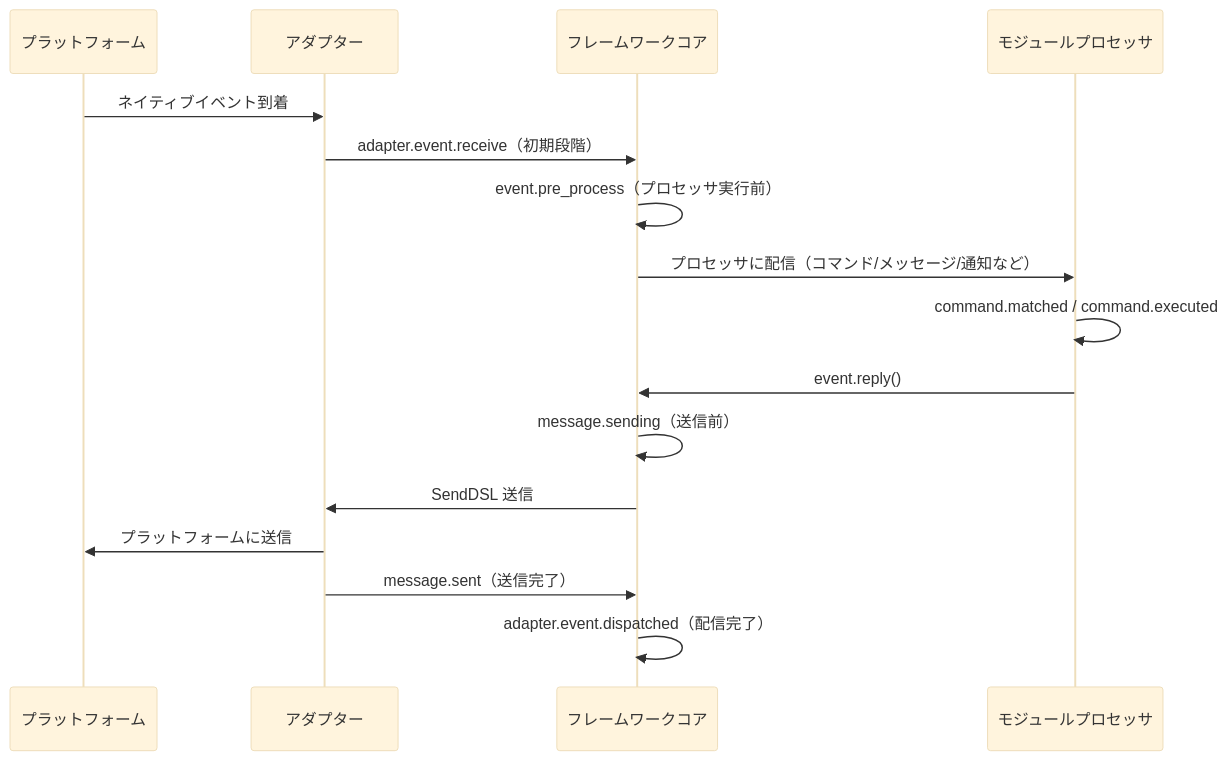
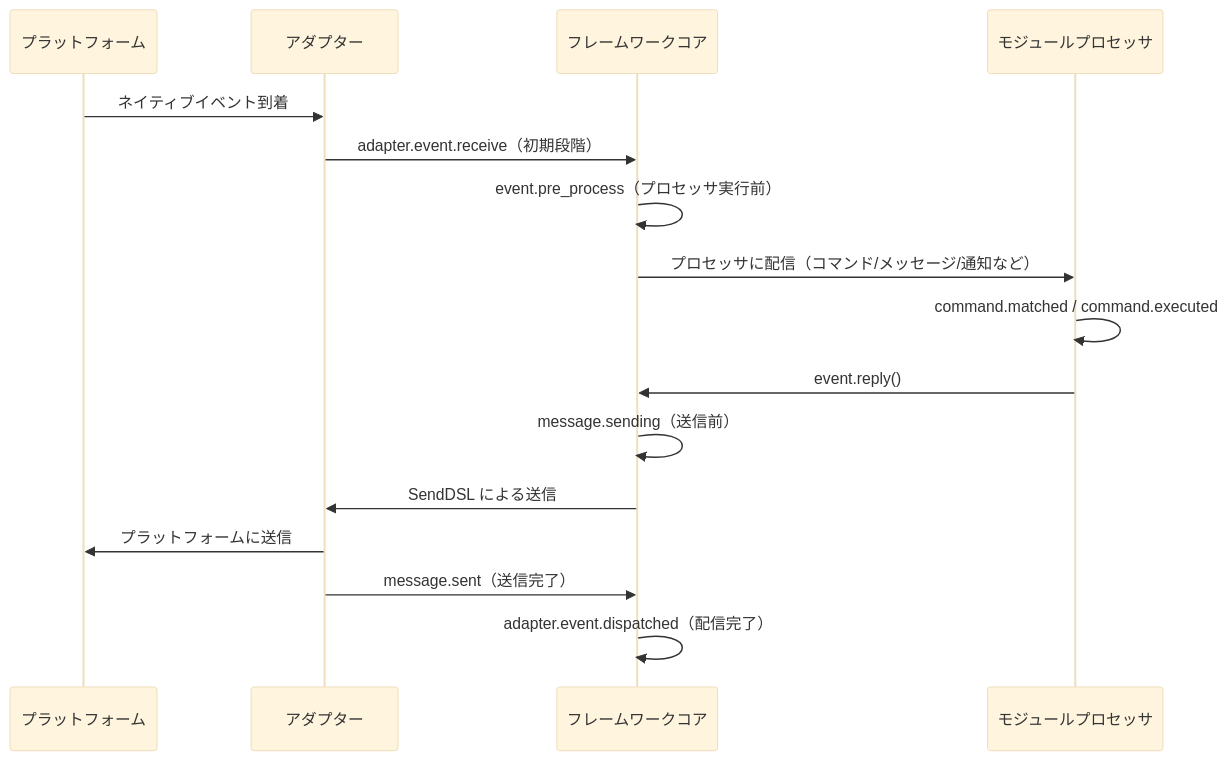
The diagram in docs/ja/advanced/lifecycle.md (ErisPulse/ErisPulse), drawn with Mermaid (base theme) before and after one commit. The commit also changed other lines of this file and 299 other files, not shown here.

````diff
--- a/docs/ja/advanced/lifecycle.md
+++ b/docs/ja/advanced/lifecycle.md
@@ -105,19 +93,19 @@
 ```mermaid
 sequenceDiagram
     participant P as プラットフォーム
     participant A as アダプター
     participant F as フレームワークコア
     participant M as モジュールプロセッサ
 
     P->>A: ネイティブイベント到着
     A->>F: adapter.event.receive（初期段階）
     F->>F: event.pre_process（プロセッサ実行前）
     F->>M: プロセッサに配信（コマンド/メッセージ/通知など）
     M->>M: command.matched / command.executed
     M->>F: event.reply()
     F->>F: message.sending（送信前）
-    F->>A: SendDSL 送信
+    F->>A: SendDSL による送信
     A->>P: プラットフォームに送信
     A->>F: message.sent（送信完了）
     F->>F: adapter.event.dispatched（配信完了）
 ```
````
